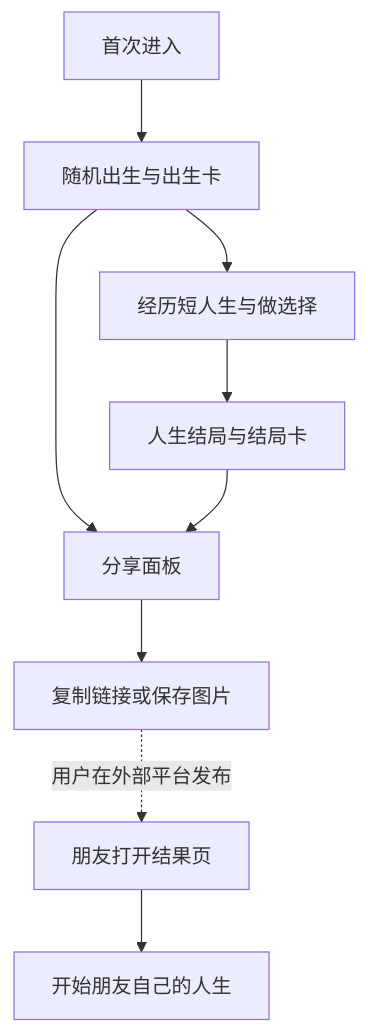
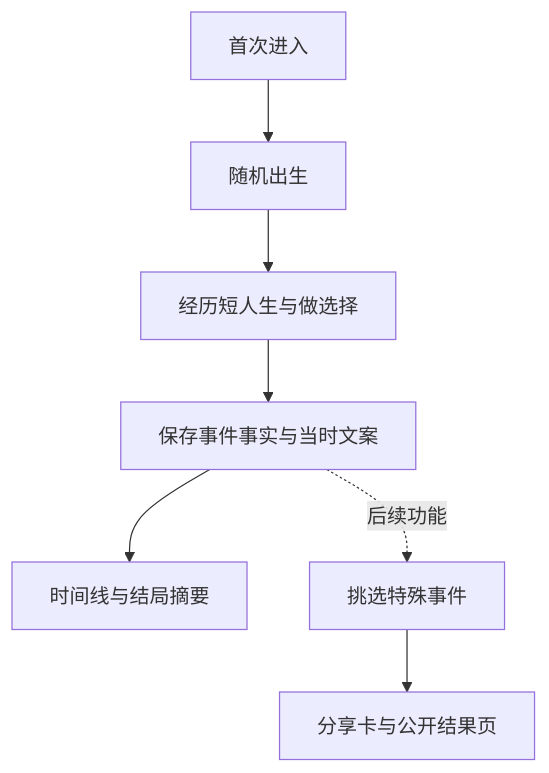
One commit to yuki-uix/life-sim-product-study changed the diagram in docs/mvp.md. Above: the diagram before and after it, drawn with Mermaid. The commit also changed other lines of this file and 3 other files, not shown here.

````diff
--- a/docs/mvp.md
+++ b/docs/mvp.md
@@ -41,11 +42,9 @@
 ```mermaid
 flowchart TD
-    A[首次进入] --> B[随机出生与出生卡]
+    A[首次进入] --> B[随机出生]
     B --> C[经历短人生与做选择]
-    C --> D[人生结局与结局卡]
-    B --> E[分享面板]
-    D --> E
-    E --> F[复制链接或保存图片]
-    F -.用户在外部平台发布.-> G[朋友打开结果页]
-    G --> H[开始朋友自己的人生]
+    C --> D[保存事件事实与当时文案]
+    D --> E[时间线与结局摘要]
+    D -.后续功能.-> F[挑选特殊事件]
+    F --> G[分享卡与公开结果页]
 ```
````
